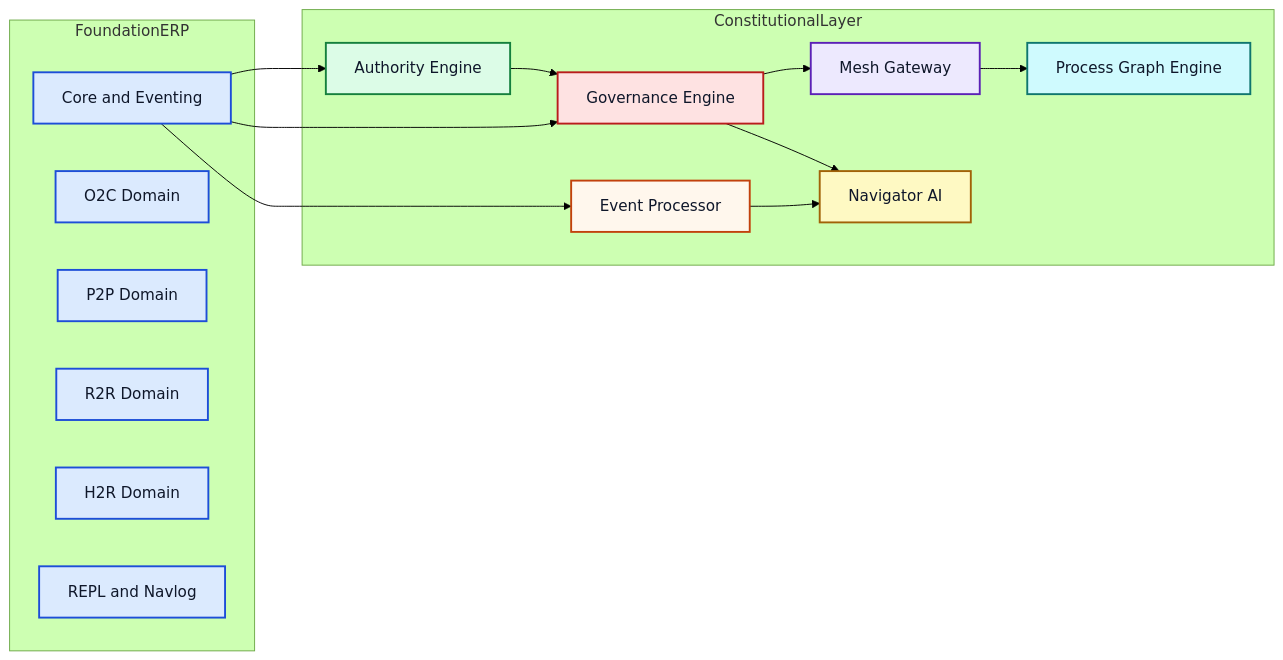
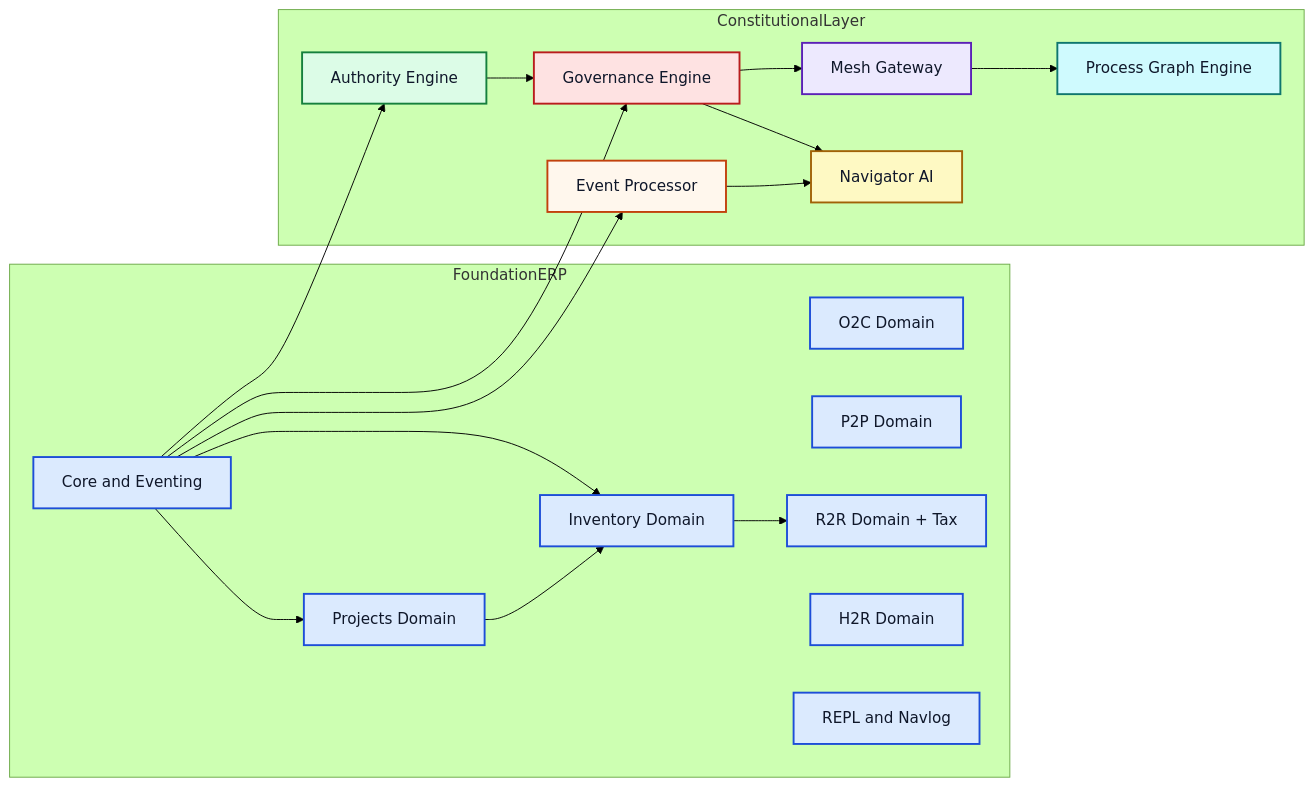
Before and after one commit to GavinDiaper/constitutional-erp: the first of 13 diagrams in docs/ERD.md, drawn with Mermaid (forest theme). The commit also changed 1 other file, not shown here.

Commit message:
feat: add projects domain to ERD and update relationships in diagrams

````diff
--- a/docs/ERD.md
+++ b/docs/ERD.md
@@ -5,45 +5,51 @@
 ```mermaid
 flowchart LR
     classDef foundation fill:#dbeafe,stroke:#1d4ed8,stroke-width:2px,color:#0f172a;
     classDef authority fill:#dcfce7,stroke:#15803d,stroke-width:2px,color:#0f172a;
     classDef governance fill:#fee2e2,stroke:#b91c1c,stroke-width:2px,color:#0f172a;
     classDef eventproc fill:#fff7ed,stroke:#c2410c,stroke-width:2px,color:#0f172a;
     classDef mesh fill:#ede9fe,stroke:#5b21b6,stroke-width:2px,color:#0f172a;
     classDef navigator fill:#fef9c3,stroke:#a16207,stroke-width:2px,color:#0f172a;
     classDef pge fill:#cffafe,stroke:#0f766e,stroke-width:2px,color:#0f172a;
 
     subgraph FoundationERP
         F_core[Core and Eventing]
         F_o2c[O2C Domain]
         F_p2p[P2P Domain]
-        F_r2r[R2R Domain]
+        F_inv[Inventory Domain]
+        F_proj[Projects Domain]
+        F_r2r[R2R Domain + Tax]
         F_h2r[H2R Domain]
         F_nav[REPL and Navlog]
     end
 
     subgraph ConstitutionalLayer
         AE[Authority Engine]
         GE[Governance Engine]
         EP[Event Processor]
         MG[Mesh Gateway]
         NAI[Navigator AI]
         PGE[Process Graph Engine]
     end
 
-    class F_core,F_o2c,F_p2p,F_r2r,F_h2r,F_nav foundation;
+    class F_core,F_o2c,F_p2p,F_inv,F_proj,F_r2r,F_h2r,F_nav foundation;
     class AE authority;
     class GE governance;
     class EP eventproc;
     class MG mesh;
     class NAI navigator;
     class PGE pge;
 
     F_core --> AE
     F_core --> GE
     F_core --> EP
+    F_core --> F_inv
+    F_core --> F_proj
     AE --> GE
     GE --> MG
     MG --> PGE
     EP --> NAI
     GE --> NAI
+    F_proj --> F_inv
+    F_inv --> F_r2r
 ```
````
